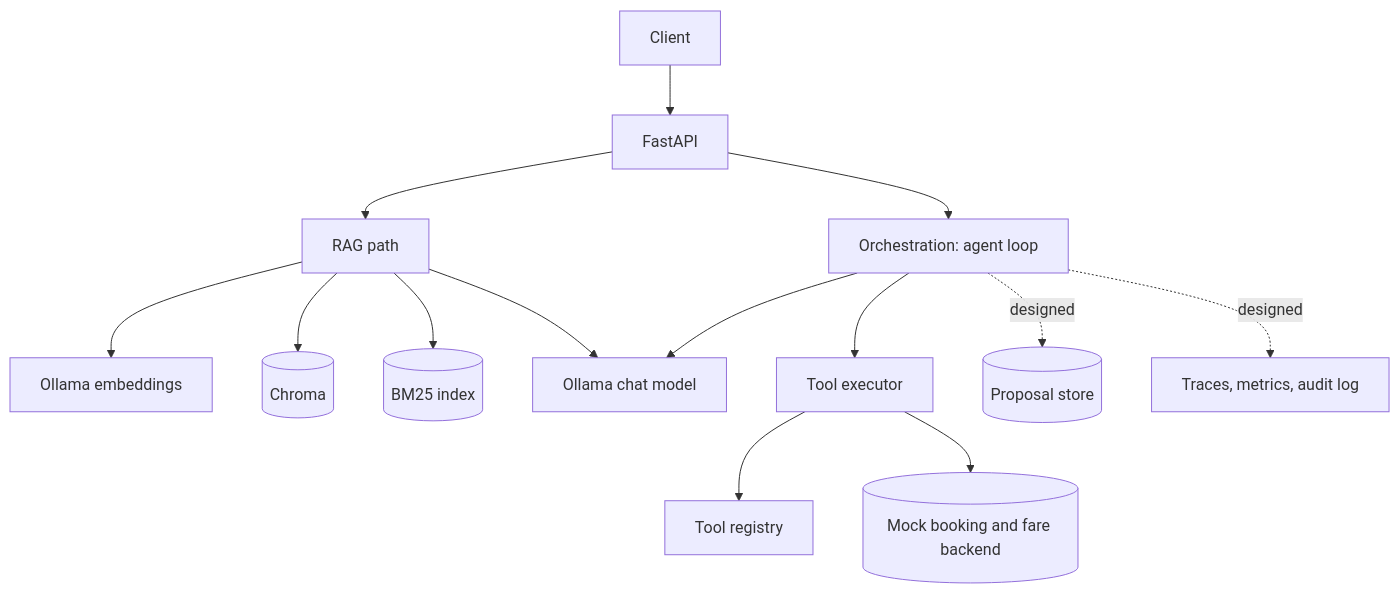
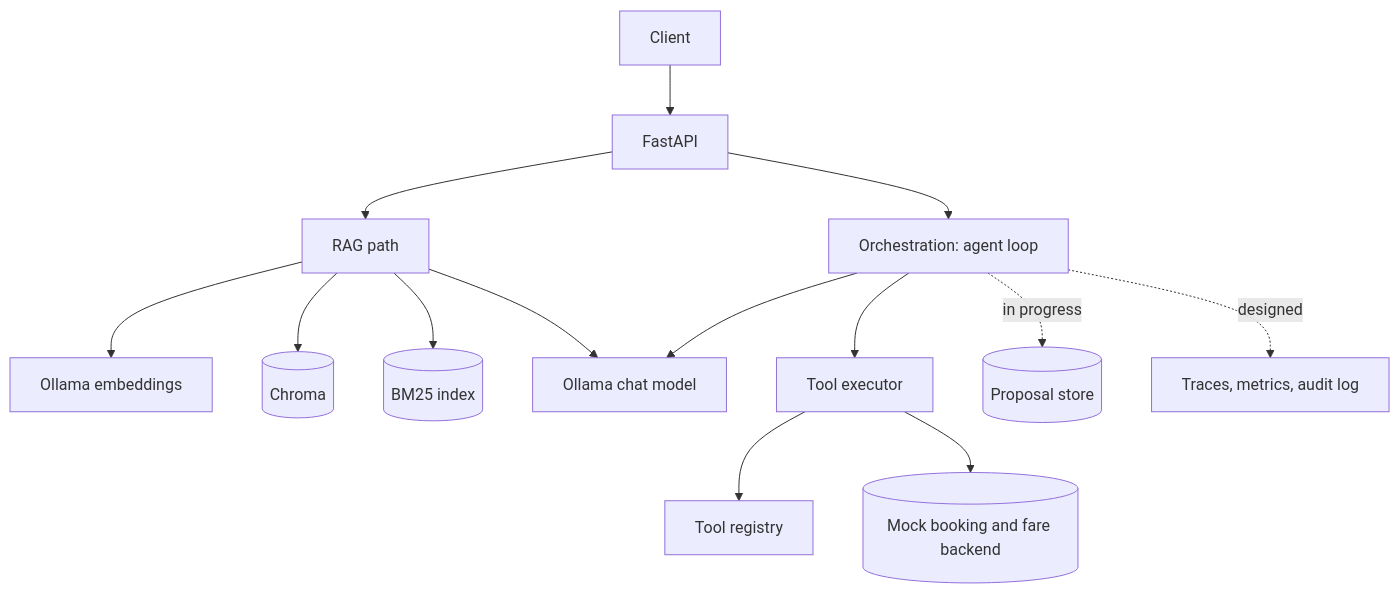
One commit to cyborg92/travel-rag changed the first of 4 diagrams in .github/docs/ARCHITECTURE.md. Above: the diagram before and after it, drawn with Mermaid. The commit also changed other lines of this file and 2 other files, not shown here.

First line of the commit message:
Document the proposal state machine and store

````diff
--- a/.github/docs/ARCHITECTURE.md
+++ b/.github/docs/ARCHITECTURE.md
@@ -31,16 +31,16 @@
 ```mermaid
 flowchart TD
     U[Client] --> API[FastAPI]
     API --> RAG[RAG path]
     API --> ORCH[Orchestration: agent loop]
     RAG --> EMB[Ollama embeddings]
     RAG --> VDB[(Chroma)]
     RAG --> BM[(BM25 index)]
     RAG --> LLM[Ollama chat model]
     ORCH --> LLM
     ORCH --> EXE[Tool executor]
     EXE --> REG[Tool registry]
     EXE --> MOCK[(Mock booking and fare backend)]
-    ORCH -.designed.-> PROP[(Proposal store)]
+    ORCH -.in progress.-> PROP[(Proposal store)]
     ORCH -.designed.-> OBS[Traces, metrics, audit log]
 ```
````
